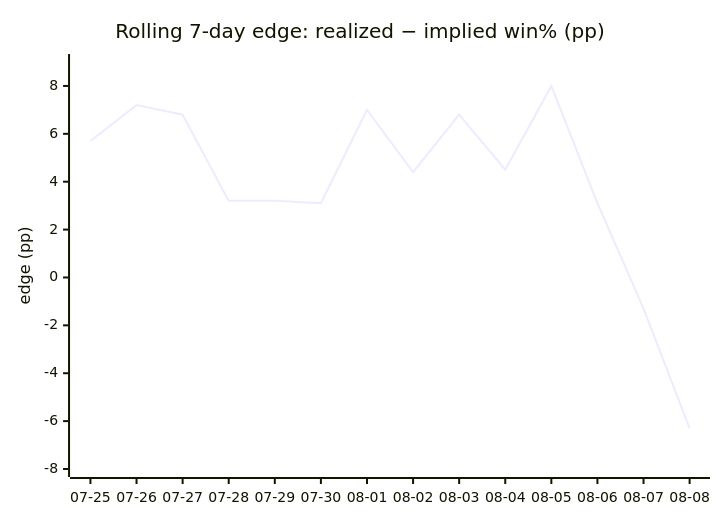
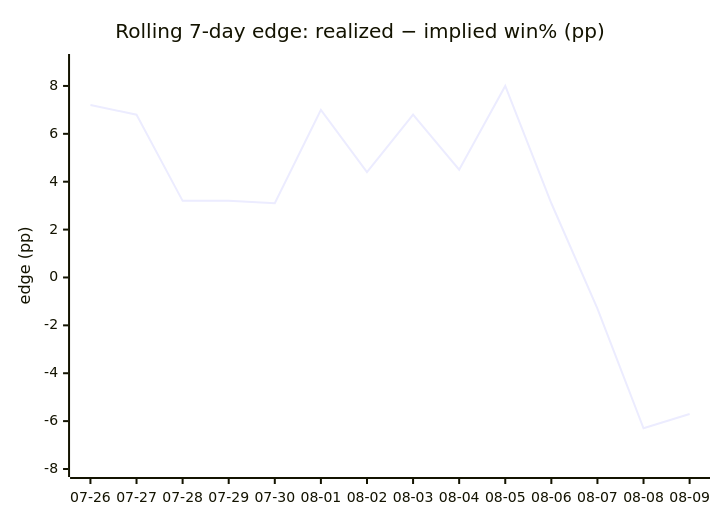
The fourth of 4 diagrams in DAILY_AGSU_REPORT.md (dpk1212/nhl-savant), drawn with Mermaid before and after one commit. The commit also changed other lines of this file, not shown here.

````diff
--- a/DAILY_AGSU_REPORT.md
+++ b/DAILY_AGSU_REPORT.md
@@ -794,7 +798,7 @@
 ```mermaid
 xychart-beta
     title "Rolling 7-day edge: realized − implied win% (pp)"
-    x-axis ["07-25", "07-26", "07-27", "07-28", "07-29", "07-30", "08-01", "08-02", "08-03", "08-04", "08-05", "08-06", "08-07", "08-08"]
+    x-axis ["07-26", "07-27", "07-28", "07-29", "07-30", "08-01", "08-02", "08-03", "08-04", "08-05", "08-06", "08-07", "08-08", "08-09"]
     y-axis "edge (pp)" -8 --> 9
-    line [5.7, 7.2, 6.8, 3.2, 3.2, 3.1, 7, 4.4, 6.8, 4.5, 8, 3.1, -1.3, -6.3]
+    line [7.2, 6.8, 3.2, 3.2, 3.1, 7, 4.4, 6.8, 4.5, 8, 3.1, -1.3, -6.3, -5.7]
 ```
````
